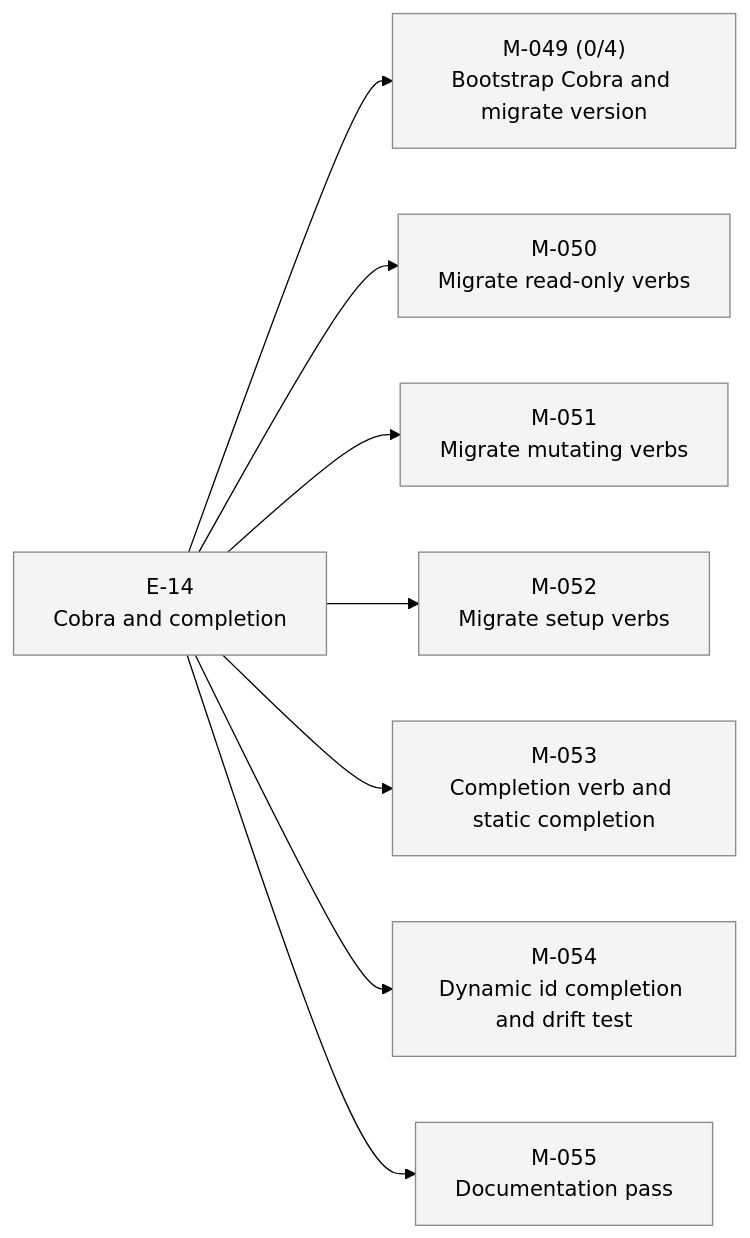
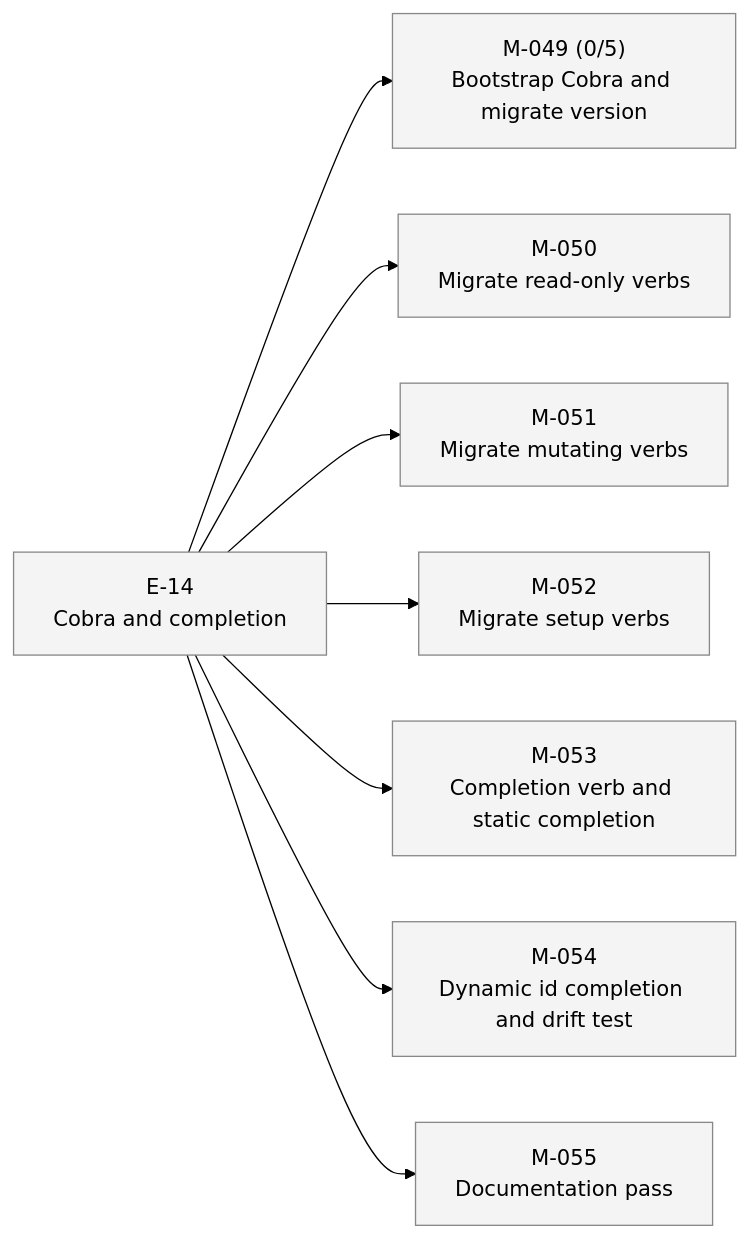
Before and after one commit to 23min/aiwf: the second of 2 diagrams in STATUS.md, drawn with Mermaid (forest theme). The commit also changed other lines of this file and 1 other file, not shown here.

First line of the commit message:
aiwf add ac M-049/AC-5 "Subprocess integration test for version verb passes against the migrated binary"

````diff
--- a/STATUS.md
+++ b/STATUS.md
@@ -38,24 +38,24 @@
 ```mermaid
 flowchart LR
   E_14["E-14<br/>Cobra and completion"]:::epic_proposed
-  M_049["M-049 (0/4)<br/>Bootstrap Cobra and migrate version"]:::ms_draft
+  M_049["M-049 (0/5)<br/>Bootstrap Cobra and migrate version"]:::ms_draft
   E_14 --> M_049
   M_050["M-050<br/>Migrate read-only verbs"]:::ms_draft
   E_14 --> M_050
   M_051["M-051<br/>Migrate mutating verbs"]:::ms_draft
   E_14 --> M_051
   M_052["M-052<br/>Migrate setup verbs"]:::ms_draft
   E_14 --> M_052
   M_053["M-053<br/>Completion verb and static completion"]:::ms_draft
   E_14 --> M_053
   M_054["M-054<br/>Dynamic id completion and drift test"]:::ms_draft
   E_14 --> M_054
   M_055["M-055<br/>Documentation pass"]:::ms_draft
   E_14 --> M_055
   classDef epic_active fill:#d6eaff,stroke:#1a73e8,color:#000
   classDef epic_proposed fill:#f4f4f4,stroke:#888,color:#000
   classDef ms_done fill:#d8f5d8,stroke:#2a8a2a,color:#000
   classDef ms_in_progress fill:#fff3c4,stroke:#caa400,color:#000
   classDef ms_draft fill:#f4f4f4,stroke:#888,color:#000
   classDef ms_cancelled fill:#fbeaea,stroke:#c33,color:#000
 ```
````
